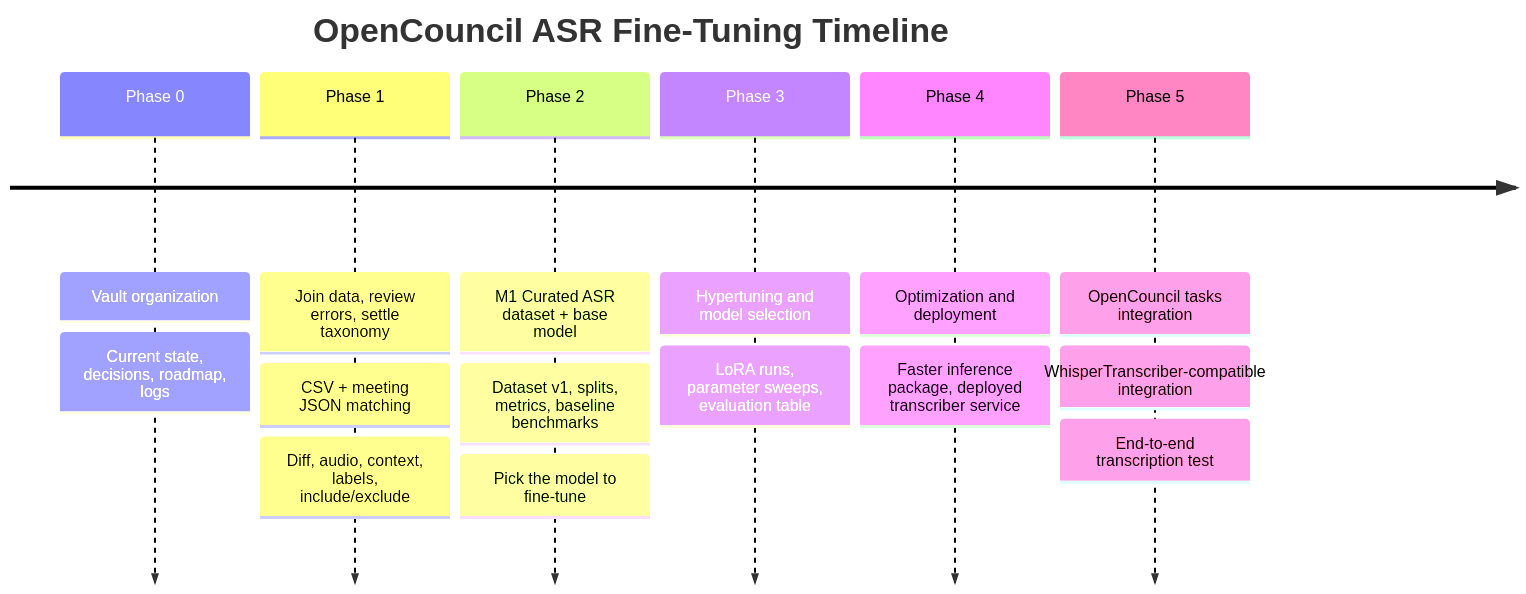
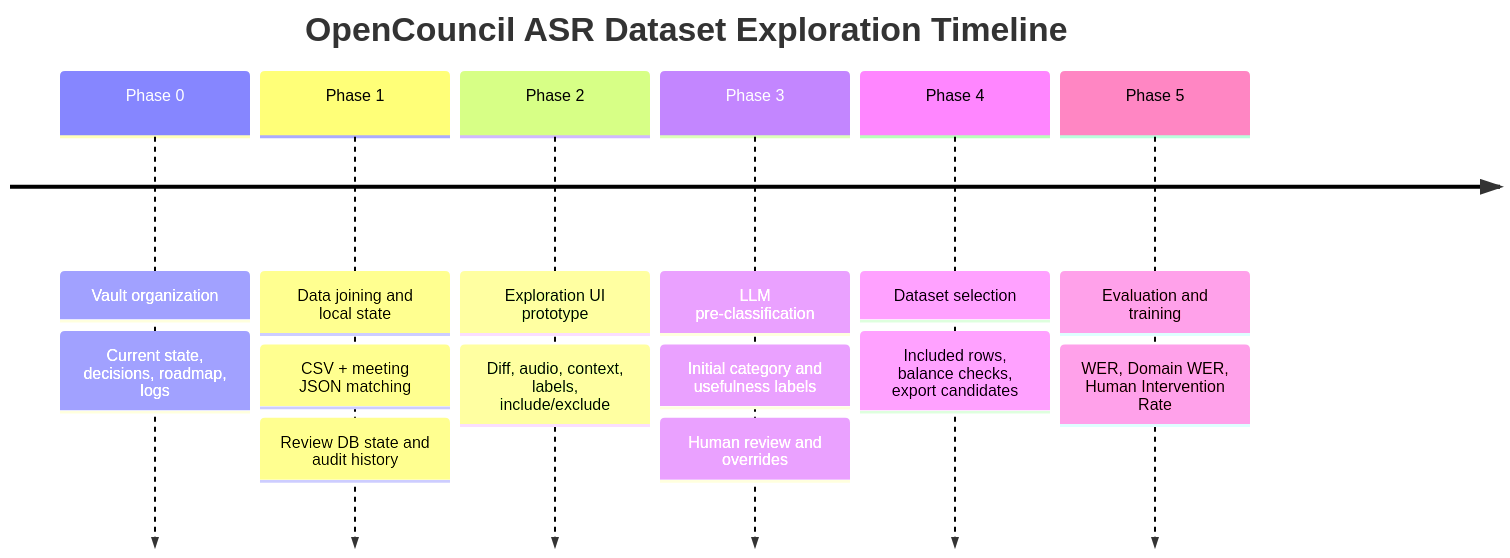
The diagram in docs/roadmap.md (eellak/gsoc2026-opencouncil-stt), drawn with Mermaid before and after one commit. The commit also changed other lines of this file and 13 other files, not shown here.

First line of the commit message:
docs: decisions, roadmap, specs, meeting notes for the review UI sprint

````diff
--- a/docs/roadmap.md
+++ b/docs/roadmap.md
@@ -5,19 +5,18 @@
 ```mermaid
 timeline
-    title OpenCouncil ASR Fine-Tuning Timeline
+    title OpenCouncil ASR Dataset Exploration Timeline
     Phase 0 : Vault organization
             : Current state, decisions, roadmap, logs
-    Phase 1 : Join data, review errors, settle taxonomy
+    Phase 1 : Data joining and local state
             : CSV + meeting JSON matching
+            : Review DB state and audit history
+    Phase 2 : Exploration UI prototype
             : Diff, audio, context, labels, include/exclude
-    Phase 2 : M1 Curated ASR dataset + base model
-            : Dataset v1, splits, metrics, baseline benchmarks
-            : Pick the model to fine-tune
-    Phase 3 : Hypertuning and model selection
-            : LoRA runs, parameter sweeps, evaluation table
-    Phase 4 : Optimization and deployment
-            : Faster inference package, deployed transcriber service
-    Phase 5 : OpenCouncil tasks integration
-            : WhisperTranscriber-compatible integration
-            : End-to-end transcription test
+    Phase 3 : LLM pre-classification
+            : Initial category and usefulness labels
+            : Human review and overrides
+    Phase 4 : Dataset selection
+            : Included rows, balance checks, export candidates
+    Phase 5 : Evaluation and training
+            : WER, Domain WER, Human Intervention Rate
 ```
````
